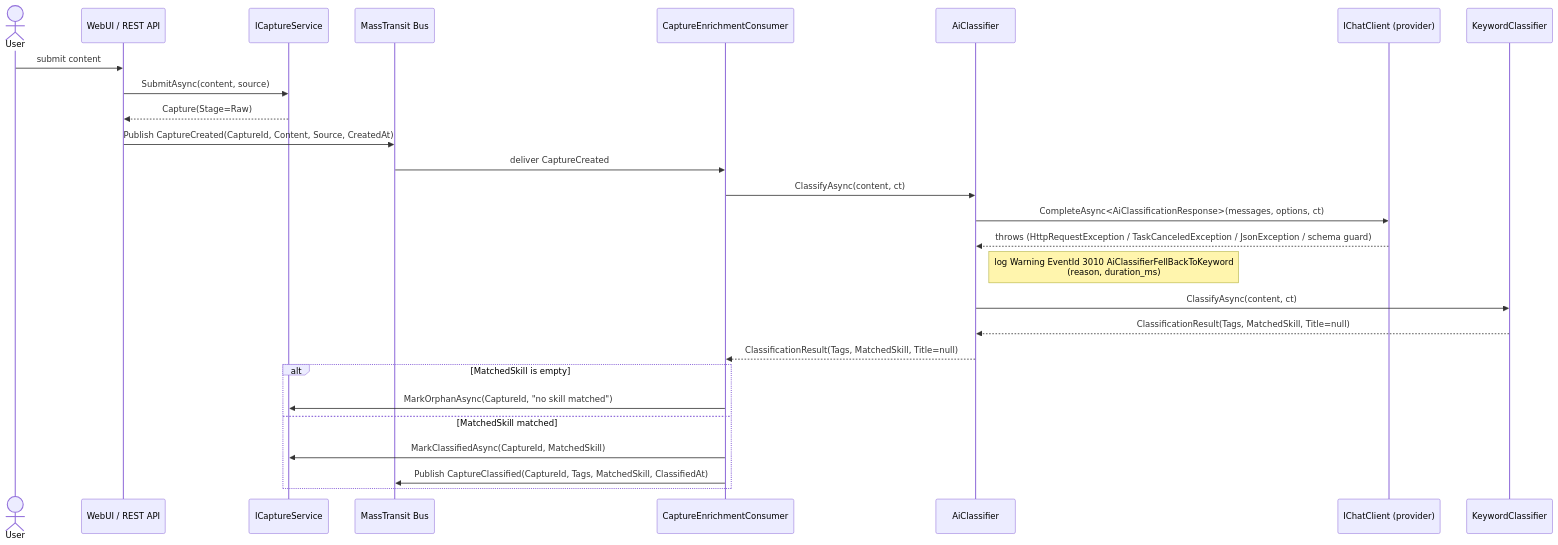
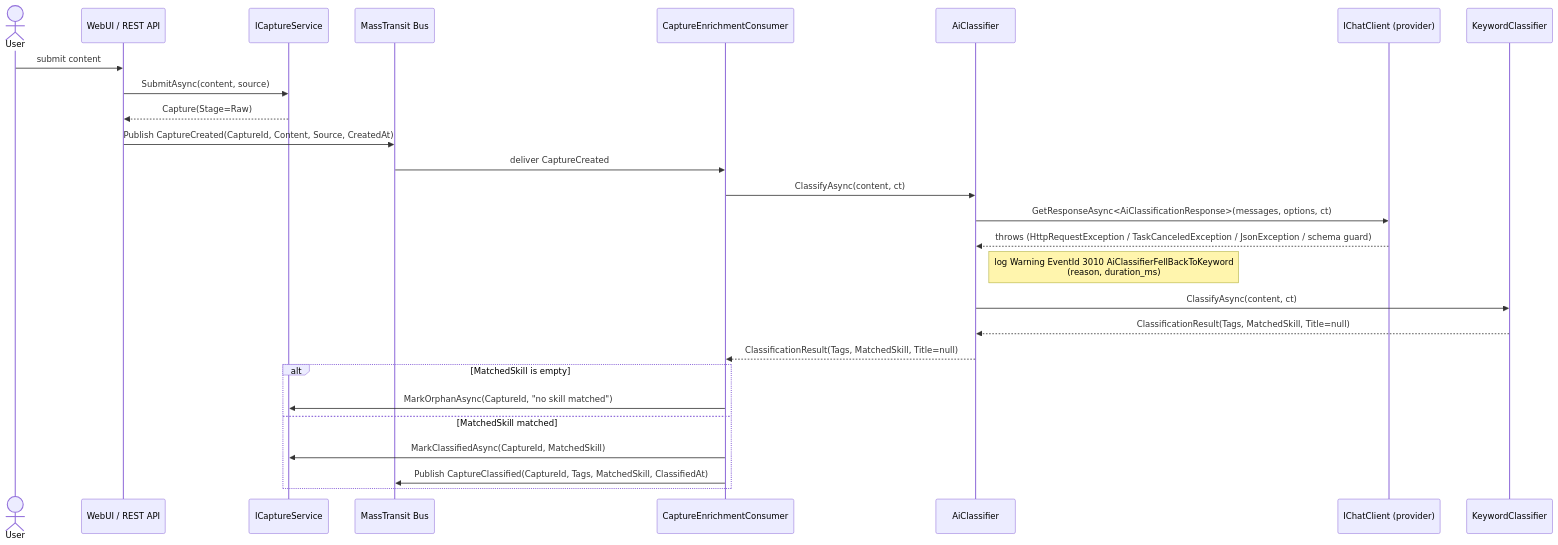
One commit to freaxnx01/FlowHub-CAS-AISE changed the second of 2 diagrams in docs/design/sequences/capture-enrichment.md. Above: the diagram before and after it, drawn with Mermaid. The commit also changed other lines of this file and 1 other file, not shown here.

````diff
--- a/docs/design/sequences/capture-enrichment.md
+++ b/docs/design/sequences/capture-enrichment.md
@@ -76,32 +80,32 @@
 ```mermaid
 sequenceDiagram
     actor User
     participant Web as WebUI / REST API
     participant Store as ICaptureService
     participant Bus as MassTransit Bus
     participant Consumer as CaptureEnrichmentConsumer
     participant AI as AiClassifier
     participant Chat as IChatClient (provider)
     participant Floor as KeywordClassifier
 
     User->>Web: submit content
     Web->>Store: SubmitAsync(content, source)
     Store-->>Web: Capture(Stage=Raw)
     Web->>Bus: Publish CaptureCreated(CaptureId, Content, Source, CreatedAt)
 
     Bus->>Consumer: deliver CaptureCreated
     Consumer->>AI: ClassifyAsync(content, ct)
-    AI->>Chat: CompleteAsync<AiClassificationResponse>(messages, options, ct)
+    AI->>Chat: GetResponseAsync<AiClassificationResponse>(messages, options, ct)
     Chat-->>AI: throws (HttpRequestException / TaskCanceledException / JsonException / schema guard)
     Note right of AI: log Warning EventId 3010 AiClassifierFellBackToKeyword<br/>(reason, duration_ms)
     AI->>Floor: ClassifyAsync(content, ct)
     Floor-->>AI: ClassificationResult(Tags, MatchedSkill, Title=null)
     AI-->>Consumer: ClassificationResult(Tags, MatchedSkill, Title=null)
 
     alt MatchedSkill is empty
         Consumer->>Store: MarkOrphanAsync(CaptureId, "no skill matched")
     else MatchedSkill matched
         Consumer->>Store: MarkClassifiedAsync(CaptureId, MatchedSkill)
         Consumer->>Bus: Publish CaptureClassified(CaptureId, Tags, MatchedSkill, ClassifiedAt)
     end
 ```
````
